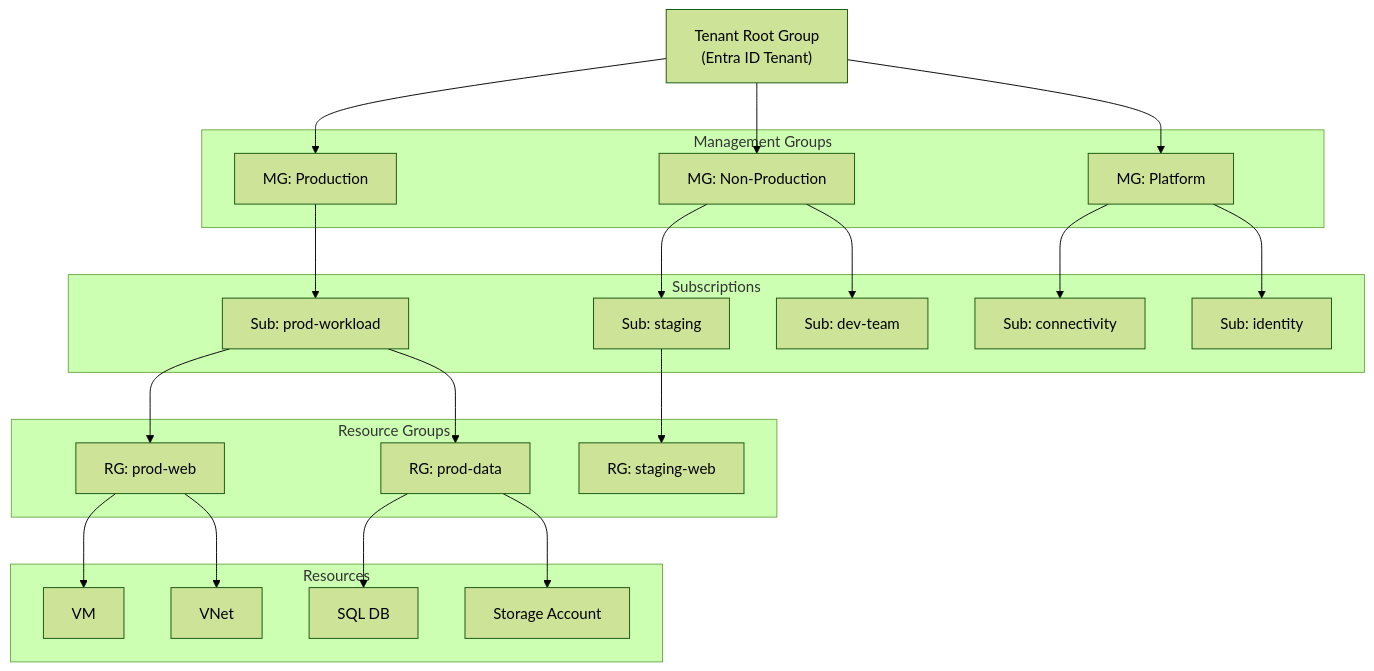
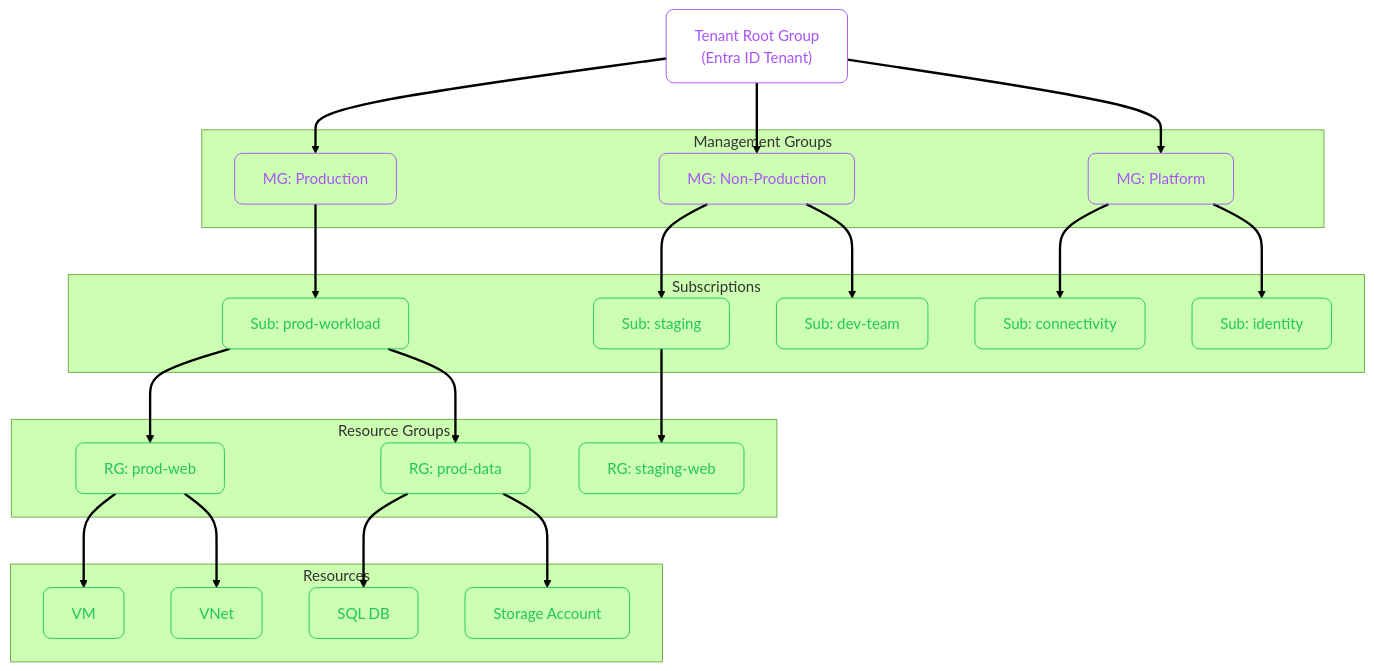
One commit to zafarale/cloudification changed the second of 6 diagrams in src/content/cloud/azure/01-intro.mdx. Above: the diagram before and after it, drawn with Mermaid (forest theme). The commit also changed other lines of this file and 84 other files, not shown here.

````diff
--- a/src/content/cloud/azure/01-intro.mdx
+++ b/src/content/cloud/azure/01-intro.mdx
@@ -80,40 +86,46 @@
 ```mermaid
 flowchart TD
-    ROOT["Tenant Root Group\n(Entra ID Tenant)"]
+    accTitle: The Azure Management Hierarchy
+    accDescr: Flowchart (td) showing Entra ID Tenant, Management Groups, MG: Production
+    classDef step fill:none,stroke:#a855f7,color:#a855f7,rx:8,ry:8
+    classDef ok   fill:none,stroke:#22c55e,color:#22c55e,rx:8,ry:8
+    linkStyle default stroke-width:2.5px
+
+    ROOT["Tenant Root Group<br/>(Entra ID Tenant)"]:::step
 
     subgraph MG["Management Groups"]
-        MG_PROD["MG: Production"]
-        MG_DEV["MG: Non-Production"]
-        MG_PLAT["MG: Platform"]
+        MG_PROD["MG: Production"]:::step
+        MG_DEV["MG: Non-Production"]:::step
+        MG_PLAT["MG: Platform"]:::step
     end
 
     subgraph SUBS["Subscriptions"]
-        SUB_PROD["Sub: prod-workload"]
-        SUB_STAGING["Sub: staging"]
-        SUB_DEV["Sub: dev-team"]
-        SUB_PLAT["Sub: connectivity"]
-        SUB_ID["Sub: identity"]
+        SUB_PROD["Sub: prod-workload"]:::ok
+        SUB_STAGING["Sub: staging"]:::ok
+        SUB_DEV["Sub: dev-team"]:::ok
+        SUB_PLAT["Sub: connectivity"]:::ok
+        SUB_ID["Sub: identity"]:::ok
     end
 
     subgraph RG["Resource Groups"]
-        RG1["RG: prod-web"]
-        RG2["RG: prod-data"]
-        RG3["RG: staging-web"]
+        RG1["RG: prod-web"]:::ok
+        RG2["RG: prod-data"]:::ok
+        RG3["RG: staging-web"]:::ok
     end
 
     subgraph RES["Resources"]
-        VM["VM"]
-        VNET["VNet"]
-        SQL["SQL DB"]
-        SA["Storage Account"]
+        VM["VM"]:::ok
+        VNET["VNet"]:::ok
+        SQL["SQL DB"]:::ok
+        SA["Storage Account"]:::ok
     end
 
     ROOT --> MG_PROD & MG_DEV & MG_PLAT
     MG_PROD --> SUB_PROD
     MG_DEV --> SUB_STAGING & SUB_DEV
     MG_PLAT --> SUB_PLAT & SUB_ID
     SUB_PROD --> RG1 & RG2
     SUB_STAGING --> RG3
     RG1 --> VM & VNET
     RG2 --> SQL & SA
 ```
````
